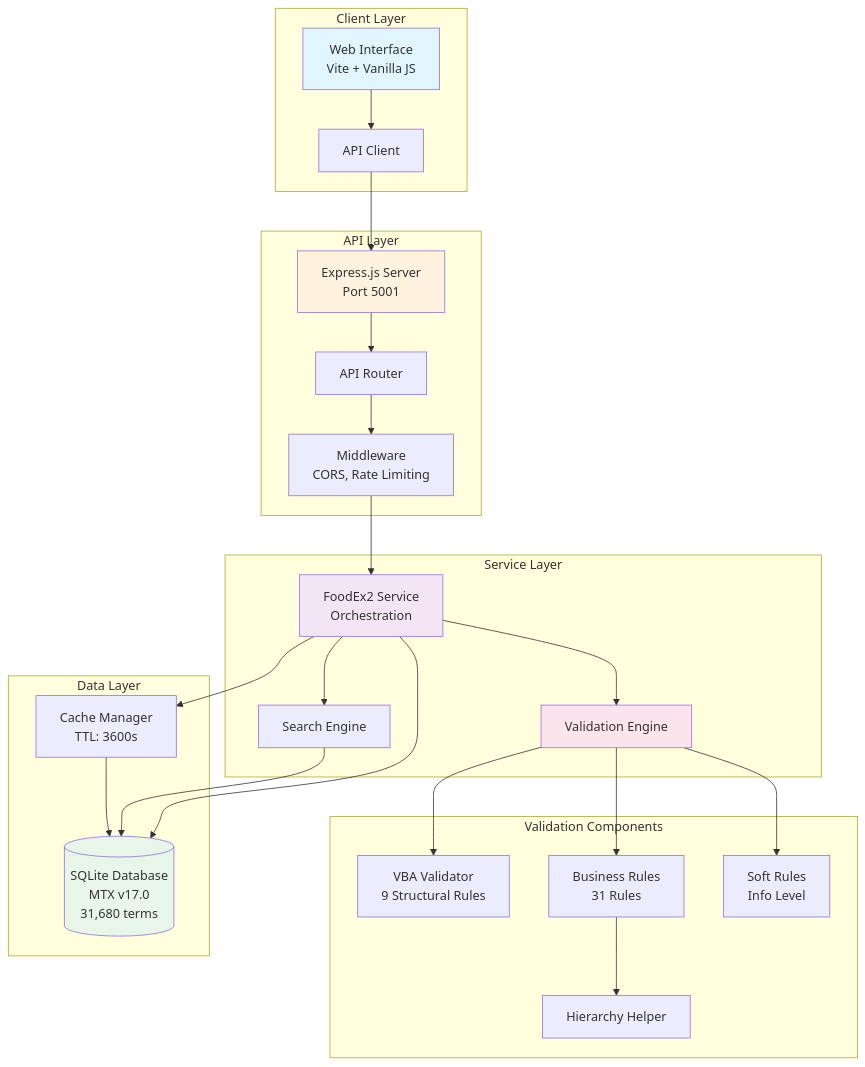
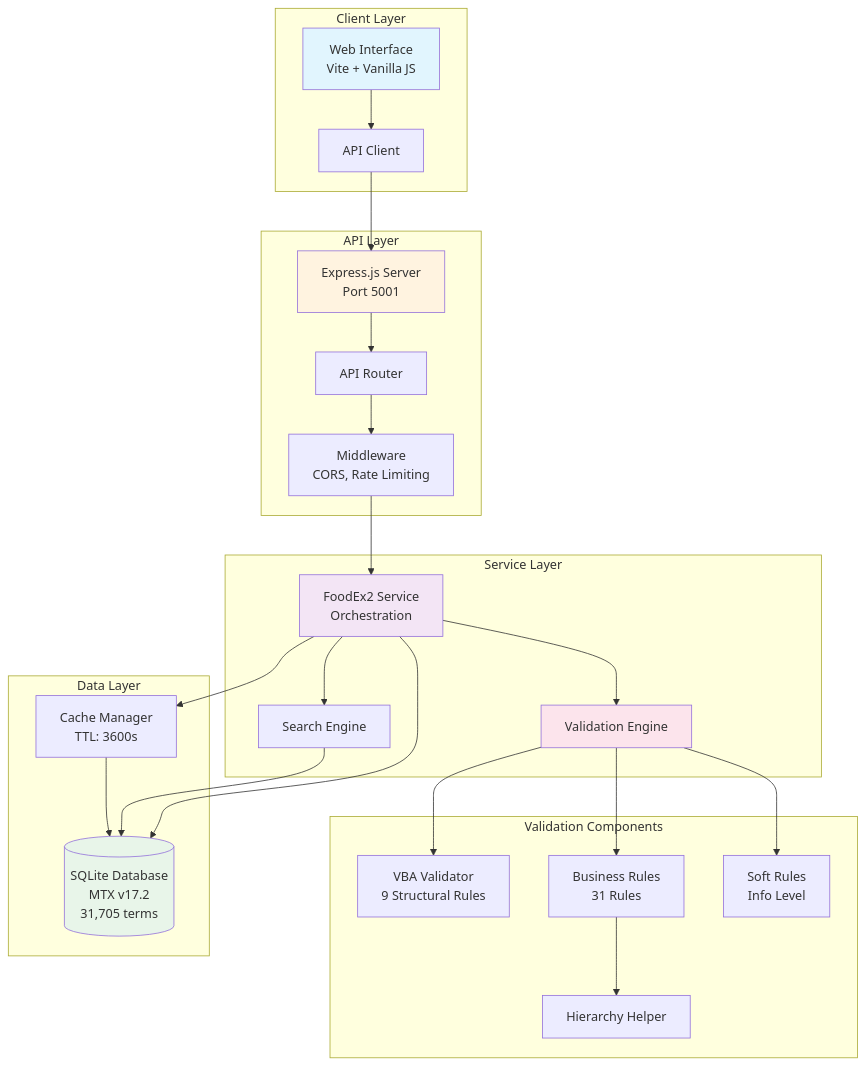
The first of 11 diagrams in DOCUMENTATION.md (Chili36/automatic-couscous), drawn with Mermaid before and after one commit. The commit also changed other lines of this file and 6 other files, not shown here.

````diff
--- a/DOCUMENTATION.md
+++ b/DOCUMENTATION.md
@@ -20,56 +20,56 @@
 ```mermaid
 graph TB
     subgraph "Client Layer"
         UI[Web Interface<br/>Vite + Vanilla JS]
         API_Client[API Client]
     end
     
     subgraph "API Layer"
         Express[Express.js Server<br/>Port 5001]
         Router[API Router]
         Middleware[Middleware<br/>CORS, Rate Limiting]
     end
     
     subgraph "Service Layer"
         FoodEx2Service[FoodEx2 Service<br/>Orchestration]
         Validator[Validation Engine]
         SearchEngine[Search Engine]
     end
     
     subgraph "Validation Components"
         VBA[VBA Validator<br/>9 Structural Rules]
         BR[Business Rules<br/>31 Rules]
         SR[Soft Rules<br/>Info Level]
         HH[Hierarchy Helper]
     end
     
     subgraph "Data Layer"
-        DB[(SQLite Database<br/>MTX v17.0<br/>31,680 terms)]
+        DB[(SQLite Database<br/>MTX v17.2<br/>31,705 terms)]
         Cache[Cache Manager<br/>TTL: 3600s]
     end
     
     UI --> API_Client
     API_Client --> Express
     Express --> Router
     Router --> Middleware
     Middleware --> FoodEx2Service
     
     FoodEx2Service --> Validator
     FoodEx2Service --> SearchEngine
     FoodEx2Service --> Cache
     
     Validator --> VBA
     Validator --> BR
     Validator --> SR
     BR --> HH
     
     FoodEx2Service --> DB
     SearchEngine --> DB
     Cache --> DB
     
     style UI fill:#e1f5fe
     style Express fill:#fff3e0
     style FoodEx2Service fill:#f3e5f5
     style DB fill:#e8f5e9
     style Validator fill:#fce4ec
 ```
````
